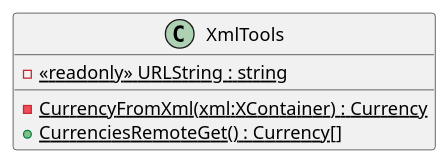
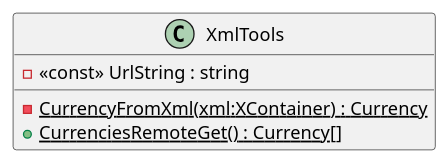
The diagram in TM_Lab_1/UMLParts/XmlTools.puml (john-bartu/cut-oot), drawn with PlantUML before and after one commit. The commit also changed 2 other files, not shown here.

```diff
--- a/TM_Lab_1/UMLParts/XmlTools.puml
+++ b/TM_Lab_1/UMLParts/XmlTools.puml
@@ -1,7 +1,7 @@
 @startuml
 class XmlTools {
-    - {static} <<readonly>> URLString : string
+    - <<const>> UrlString : string
     - {static} CurrencyFromXml(xml:XContainer) : Currency
     + {static} CurrenciesRemoteGet() : Currency[]
 }
 @enduml
```
